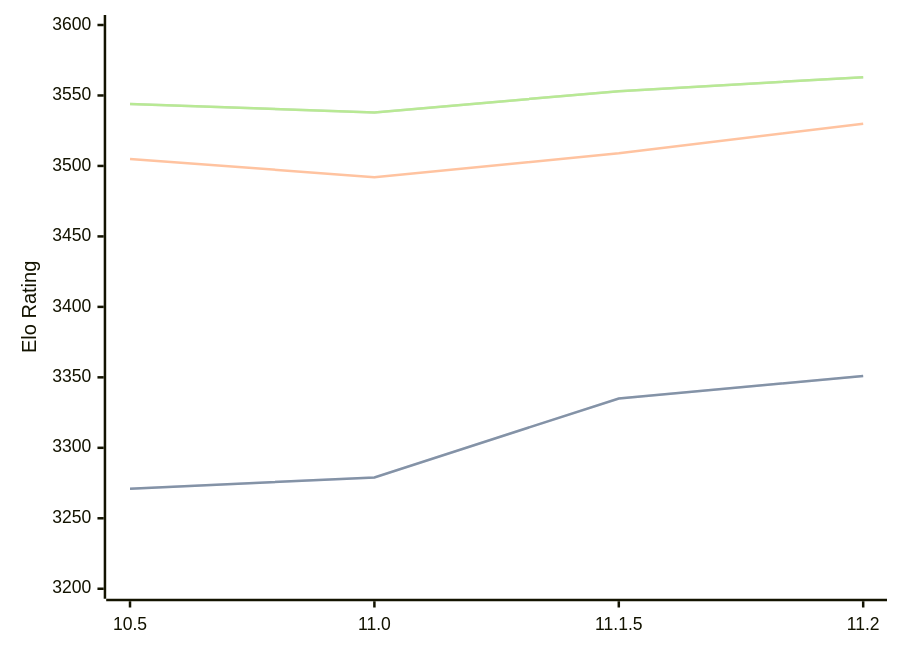
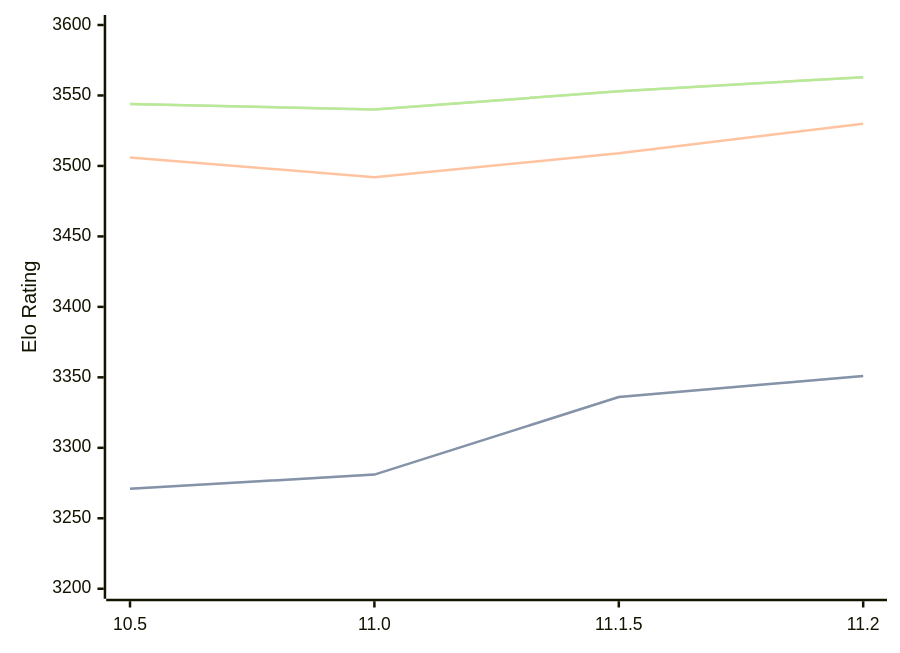
The diagram in engines/Lizard.md (computer-chess-index/cci), drawn with Mermaid before and after one commit. The commit also changed other lines of this file, not shown here.

Commit message:
Update CCI Ratings (ELO VLTC) - 2026-05-13

````diff
--- a/engines/Lizard.md
+++ b/engines/Lizard.md
@@ -46,11 +46,11 @@
 ```mermaid
 %%{init: {"theme":"base","themeVariables":{"seriesColors:['#a3a3a3','#222221','#faa371']}}}%%
 xychart-beta
   x-axis ["10.5", "11.0", "11.1.5", "11.2"]
   y-axis "Elo Rating" 3200 --> 3600
-  line "STC (8.0+0.08s)" [3271, 3279, 3335, 3351]
-  line "STC (8.0+0.08s)" [3271, 3279, 3335, 3351]
-  line "LTC (60.0+0.60s)" [3505, 3492, 3509, 3530]
-  line "VLTC (2m24s+1.12s)" [3544, 3538, 3553, 3563]
-  line "VLTC (2m24s+1.12s)" [3544, 3538, 3553, 3563]
+  line "STC (8.0+0.08s)" [3271, 3281, 3336, 3351]
+  line "STC (8.0+0.08s)" [3271, 3281, 3336, 3351]
+  line "LTC (60.0+0.60s)" [3506, 3492, 3509, 3530]
+  line "VLTC (2m24s+1.12s)" [3544, 3540, 3553, 3563]
+  line "VLTC (2m24s+1.12s)" [3544, 3540, 3553, 3563]
 ```
````
